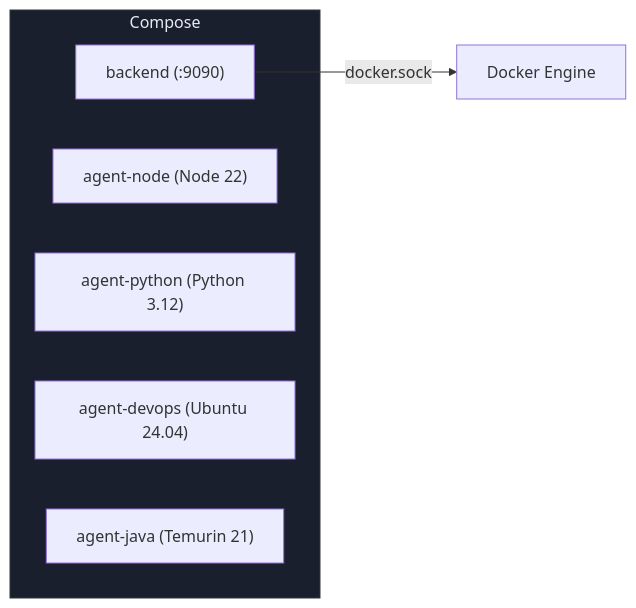
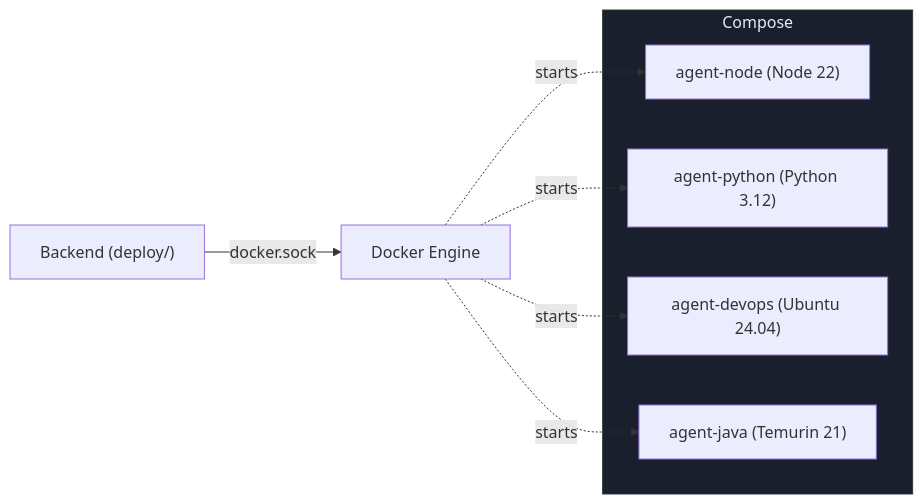
The first of 2 diagrams in docs/en/deployment-container-diagrams.md (FLSEST/MySuricates), drawn with Mermaid before and after one commit. The commit also changed other lines of this file and 19 other files, not shown here.

````diff
--- a/docs/en/deployment-container-diagrams.md
+++ b/docs/en/deployment-container-diagrams.md
@@ -20,12 +20,15 @@
 ```mermaid
 flowchart LR
     subgraph Compose
-        BE["backend (:9090)"]
         N["agent-node (Node 22)"]
         PY["agent-python (Python 3.12)"]
         DO["agent-devops (Ubuntu 24.04)"]
         JV["agent-java (Temurin 21)"]
     end
-    BE -->|"docker.sock"| Engine["Docker Engine"]
+    Backend["Backend (deploy/)"] -->|"docker.sock"| Engine["Docker Engine"]
+    Engine -.->|"starts"| N
+    Engine -.->|"starts"| PY
+    Engine -.->|"starts"| DO
+    Engine -.->|"starts"| JV
     style Compose fill:#1a1f2e,stroke:#30363d,color:#e6edf3
 ```
````
